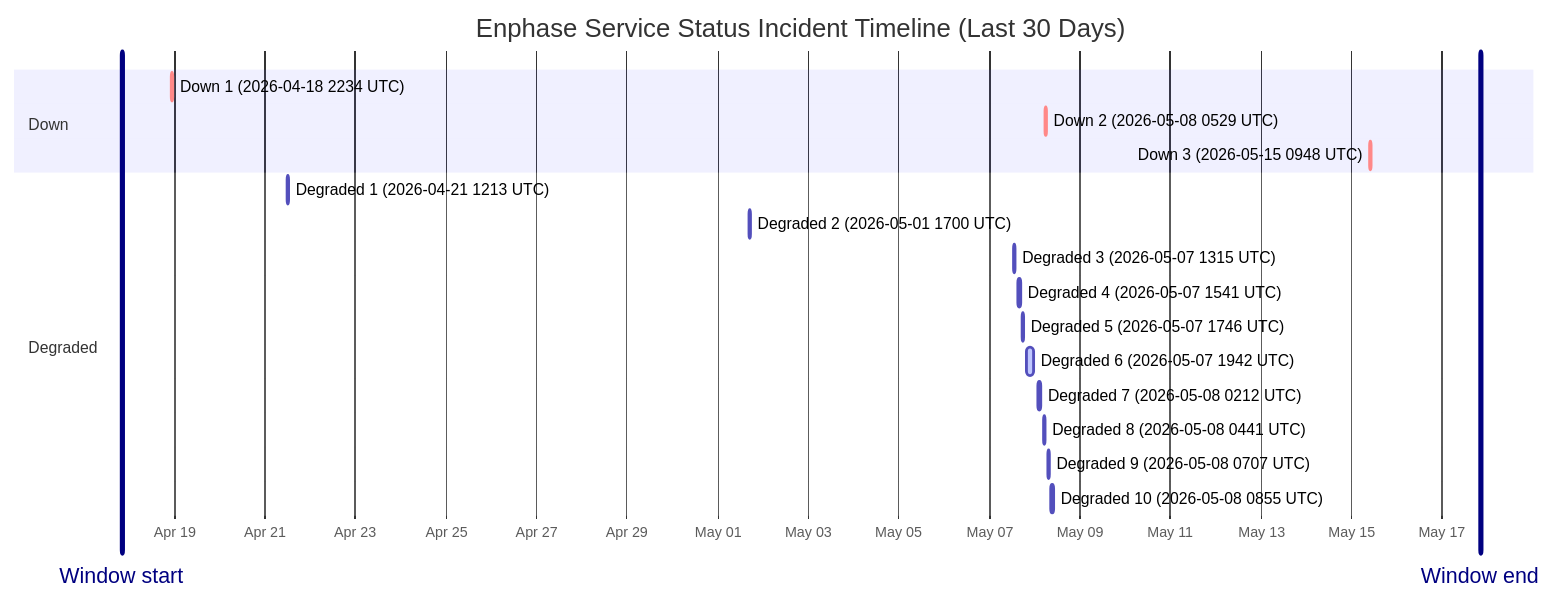
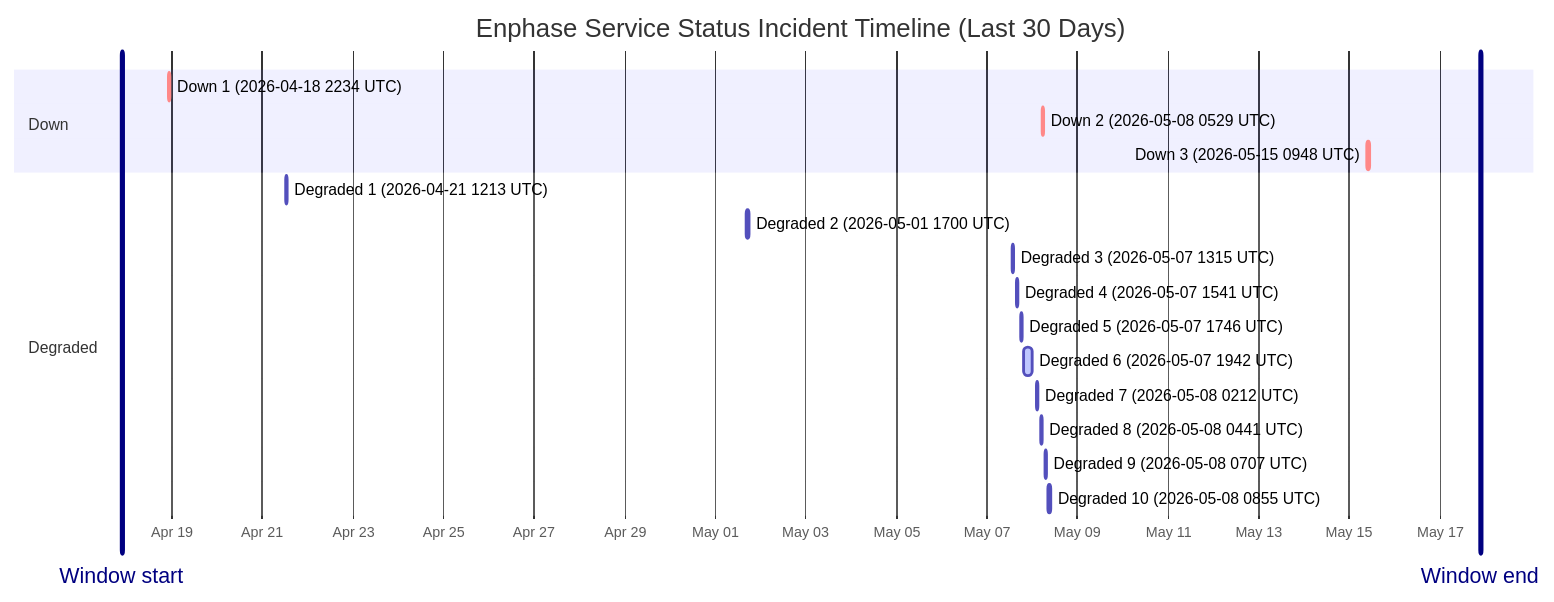
Before and after one commit to barneyonline/ha-enphase-ev-charger: the diagram in wiki/Service-Status-History.md, drawn with Mermaid. The commit also changed other lines of this file and 3 other files, not shown here.

````diff
--- a/wiki/Service-Status-History.md
+++ b/wiki/Service-Status-History.md
@@ -14,23 +14,23 @@
 ```mermaid
 gantt
     title Enphase Service Status Incident Timeline (Last 30 Days)
     dateFormat  YYYY-MM-DDTHH:mm:ss
     axisFormat  %b %d
-    Window start :vert, window-start, 2026-04-17T20:12:08, 0ms
-    Window end :vert, window-end, 2026-05-17T20:12:08, 0ms
+    Window start :vert, window-start, 2026-04-17T21:26:13, 0ms
+    Window end :vert, window-end, 2026-05-17T21:26:13, 0ms
     section Down
     Down 1 (2026-04-18 2234 UTC) :crit, down-1, 2026-04-18T22:34:13, 60m
     Down 2 (2026-05-08 0529 UTC) :crit, down-2, 2026-05-08T05:29:47, 60m
     Down 3 (2026-05-15 0948 UTC) :crit, down-3, 2026-05-15T09:48:18, 60m
     section Degraded
     Degraded 1 (2026-04-21 1213 UTC) :active, degraded-1, 2026-04-21T12:13:11, 60m
     Degraded 2 (2026-05-01 1700 UTC) :active, degraded-2, 2026-05-01T17:00:22, 60m
     Degraded 3 (2026-05-07 1315 UTC) :active, degraded-3, 2026-05-07T13:15:25, 60m
     Degraded 4 (2026-05-07 1541 UTC) :active, degraded-4, 2026-05-07T15:41:58, 60m
     Degraded 5 (2026-05-07 1746 UTC) :active, degraded-5, 2026-05-07T17:46:51, 60m
     Degraded 6 (2026-05-07 1942 UTC) :active, degraded-6, 2026-05-07T19:42:10, 249m
     Degraded 7 (2026-05-08 0212 UTC) :active, degraded-7, 2026-05-08T02:12:39, 60m
     Degraded 8 (2026-05-08 0441 UTC) :active, degraded-8, 2026-05-08T04:41:46, 60m
     Degraded 9 (2026-05-08 0707 UTC) :active, degraded-9, 2026-05-08T07:07:30, 60m
     Degraded 10 (2026-05-08 0855 UTC) :active, degraded-10, 2026-05-08T08:55:20, 88m
 ```
````
